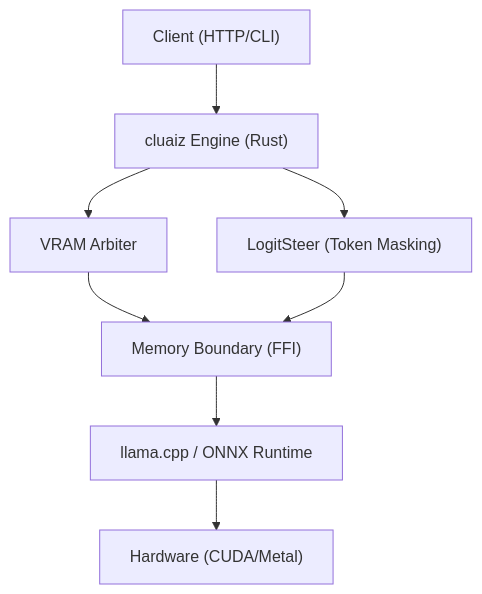
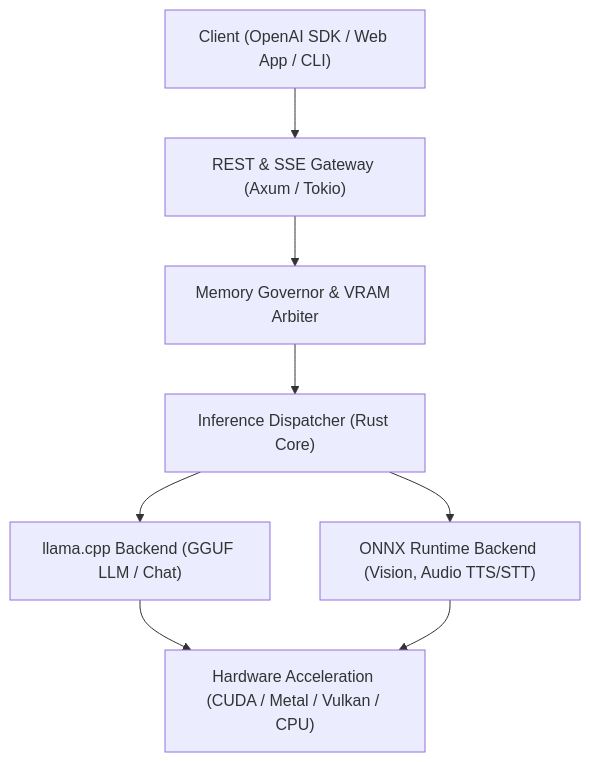
The diagram in README.md (ayan-kushwaha/Cluaiz-), drawn with Mermaid before and after one commit. The commit also changed other lines of this file and 2 other files, not shown here.

Commit message:
docs(readme): clean hype language, update architecture, honest benchmarks, and modernize installer scripts

````diff
--- a/README.md
+++ b/README.md
@@ -248,10 +110,9 @@
 ```mermaid
 graph TD
-    A["Client (HTTP/CLI)"] --> B["cluaiz Engine (Rust)"]
-    B --> C["VRAM Arbiter"]
-    B --> D["LogitSteer (Token Masking)"]
-    C --> E["Memory Boundary (FFI)"]
-    D --> E
-    E --> F["llama.cpp / ONNX Runtime"]
-    F --> G["Hardware (CUDA/Metal)"]
+    Client["Client (OpenAI SDK / Web App / CLI)"] --> Gateway["REST & SSE Gateway (Axum / Tokio)"]
+    Gateway --> MemoryGov["Memory Governor & VRAM Arbiter"]
+    MemoryGov --> Dispatcher["Inference Dispatcher (Rust Core)"]
+    Dispatcher --> LlamaEngine["llama.cpp Backend (GGUF LLM / Chat)"]
+    Dispatcher --> OnnxEngine["ONNX Runtime Backend (Vision, Audio TTS/STT)"]
+    LlamaEngine & OnnxEngine --> Silicon["Hardware Acceleration (CUDA / Metal / Vulkan / CPU)"]
 ```
````
